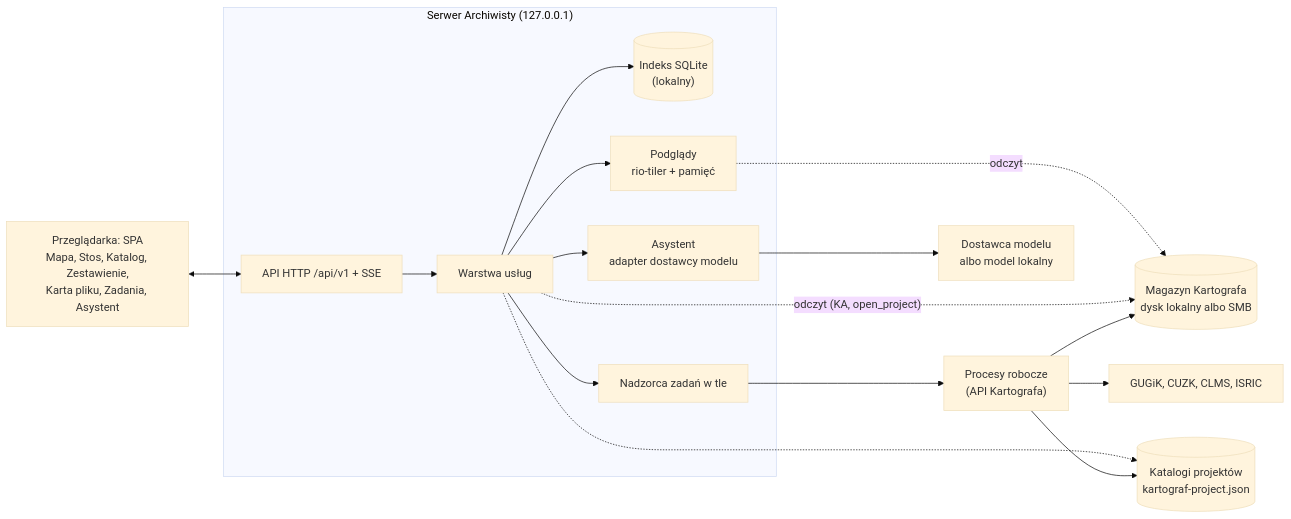
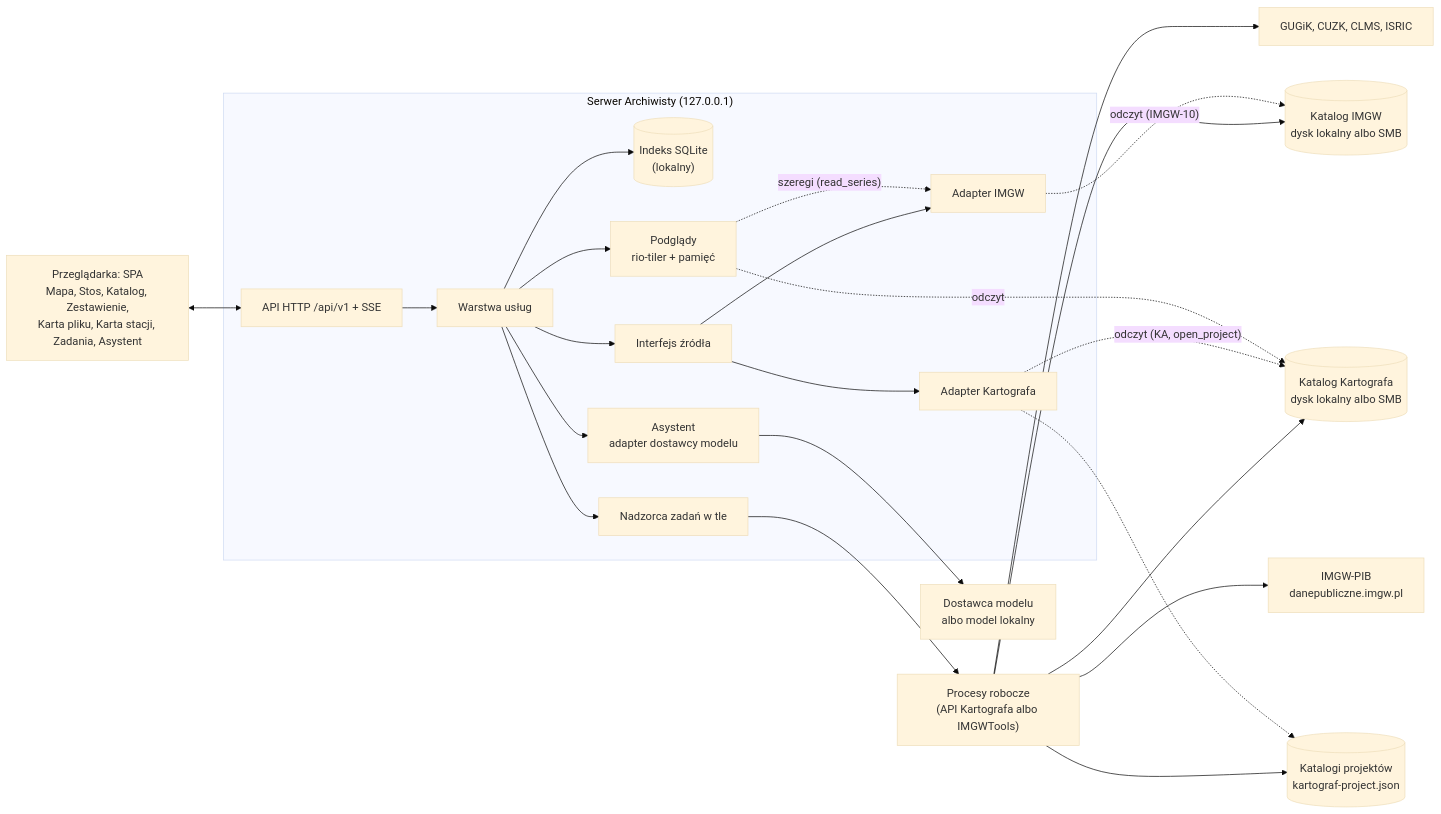
One commit to Daldek/Archiwista changed the first of 2 diagrams in docs/SPEC.md. Above: the diagram before and after it, drawn with Mermaid (base theme). The commit also changed other lines of this file and 1 other file, not shown here.

First line of the commit message:
docs(spec): dane IMGW - model, wymagania wobec IMGWTools, interfejs, API i roadmapa v0.9

````diff
--- a/docs/SPEC.md
+++ b/docs/SPEC.md
@@ -507,31 +838,43 @@
 ```mermaid
 flowchart LR
-  UI["Przeglądarka: SPA<br/>Mapa, Stos, Katalog, Zestawienie,<br/>Karta pliku, Zadania, Asystent"]
+  UI["Przeglądarka: SPA<br/>Mapa, Stos, Katalog, Zestawienie,<br/>Karta pliku, Karta stacji, Zadania, Asystent"]
   subgraph S["Serwer Archiwisty (127.0.0.1)"]
     API["API HTTP /api/v1 + SSE"]
     SVC["Warstwa usług"]
     IDX[("Indeks SQLite<br/>(lokalny)")]
     PRV["Podglądy<br/>rio-tiler + pamięć"]
     SUP["Nadzorca zadań w tle"]
     AG["Asystent<br/>adapter dostawcy modelu"]
+    SRCI["Interfejs źródła"]
+    AK["Adapter Kartografa"]
+    AI["Adapter IMGW"]
   end
-  W["Procesy robocze<br/>(API Kartografa)"]
-  MAG[("Magazyn Kartografa<br/>dysk lokalny albo SMB")]
+  W["Procesy robocze<br/>(API Kartografa albo IMGWTools)"]
+  MAG[("Katalog Kartografa<br/>dysk lokalny albo SMB")]
+  MIG[("Katalog IMGW<br/>dysk lokalny albo SMB")]
   PRJ[("Katalogi projektów<br/>kartograf-project.json")]
   SRC["GUGiK, CUZK, CLMS, ISRIC"]
+  SIM["IMGW-PIB<br/>danepubliczne.imgw.pl"]
   LLM["Dostawca modelu<br/>albo model lokalny"]
   UI <--> API
   API --> SVC
   SVC --> IDX
   SVC --> PRV
   SVC --> SUP
   SVC --> AG
+  SVC --> SRCI
+  SRCI --> AK
+  SRCI --> AI
   AG --> LLM
   SUP --> W
   W --> MAG
+  W --> MIG
   W --> PRJ
   W --> SRC
-  SVC -. "odczyt (KA, open_project)" .-> MAG
-  SVC -.-> PRJ
+  W --> SIM
+  AK -. "odczyt (KA, open_project)" .-> MAG
+  AK -.-> PRJ
+  AI -. "odczyt (IMGW-10)" .-> MIG
   PRV -. odczyt .-> MAG
+  PRV -. "szeregi (read_series)" .-> AI
 ```
````
